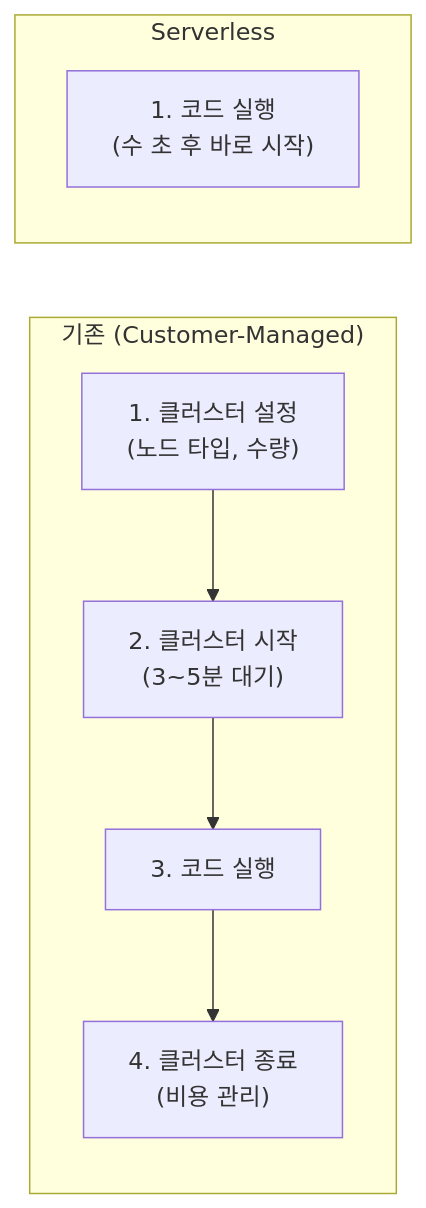
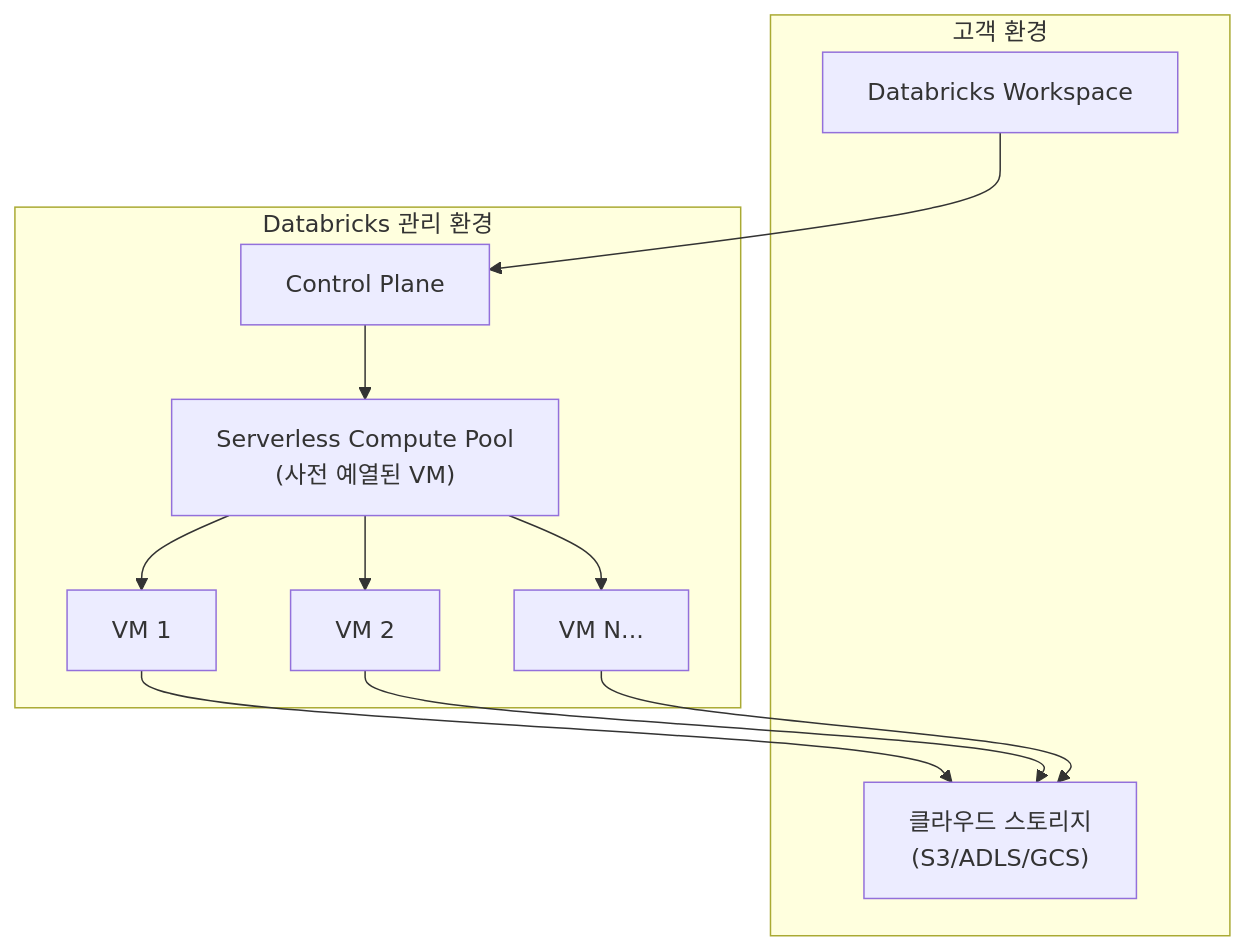
The first of 5 diagrams in 04-compute-and-workspace/serverless-compute.md (SimyungYang/simyung-dbx-training), drawn with Mermaid before and after one commit. The commit also changed other lines of this file and 37 other files, not shown here.

````diff
--- a/04-compute-and-workspace/serverless-compute.md
+++ b/04-compute-and-workspace/serverless-compute.md
@@ -9,12 +29,21 @@
 ```mermaid
-graph LR
-    subgraph 기존["기존 (Customer-Managed)"]
-        A1["1. 클러스터 설정<br/>(노드 타입, 수량)"] --> A2["2. 클러스터 시작<br/>(3~5분 대기)"]
-        A2 --> A3["3. 코드 실행"]
-        A3 --> A4["4. 클러스터 종료<br/>(비용 관리)"]
+graph TB
+    subgraph Customer["고객 환경"]
+        WS["Databricks Workspace"]
+        STORAGE["클라우드 스토리지<br/>(S3/ADLS/GCS)"]
     end
 
-    subgraph 서버리스["Serverless"]
-        B1["1. 코드 실행<br/>(수 초 후 바로 시작)"]
+    subgraph DBX["Databricks 관리 환경"]
+        CP["Control Plane"]
+        SL["Serverless Compute Pool<br/>(사전 예열된 VM)"]
+        SL --> VM1["VM 1"]
+        SL --> VM2["VM 2"]
+        SL --> VM3["VM N..."]
     end
+
+    WS --> CP
+    CP --> SL
+    VM1 --> STORAGE
+    VM2 --> STORAGE
+    VM3 --> STORAGE
 ```
````
